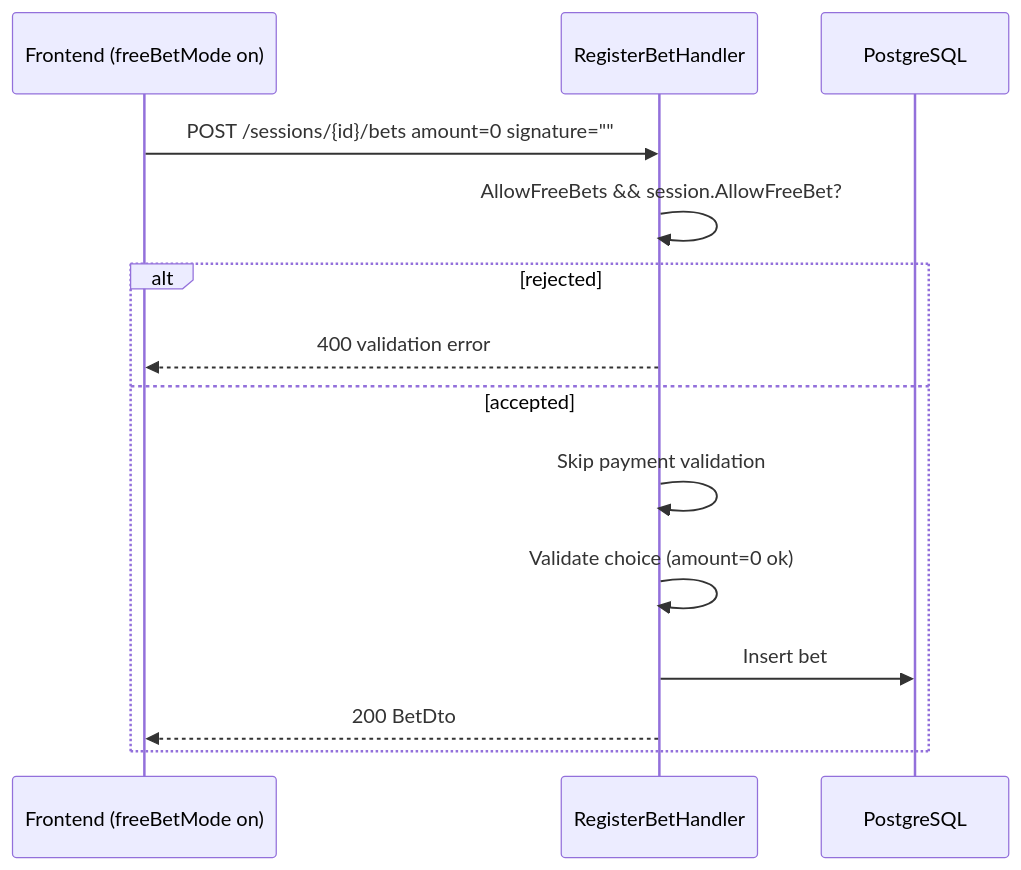
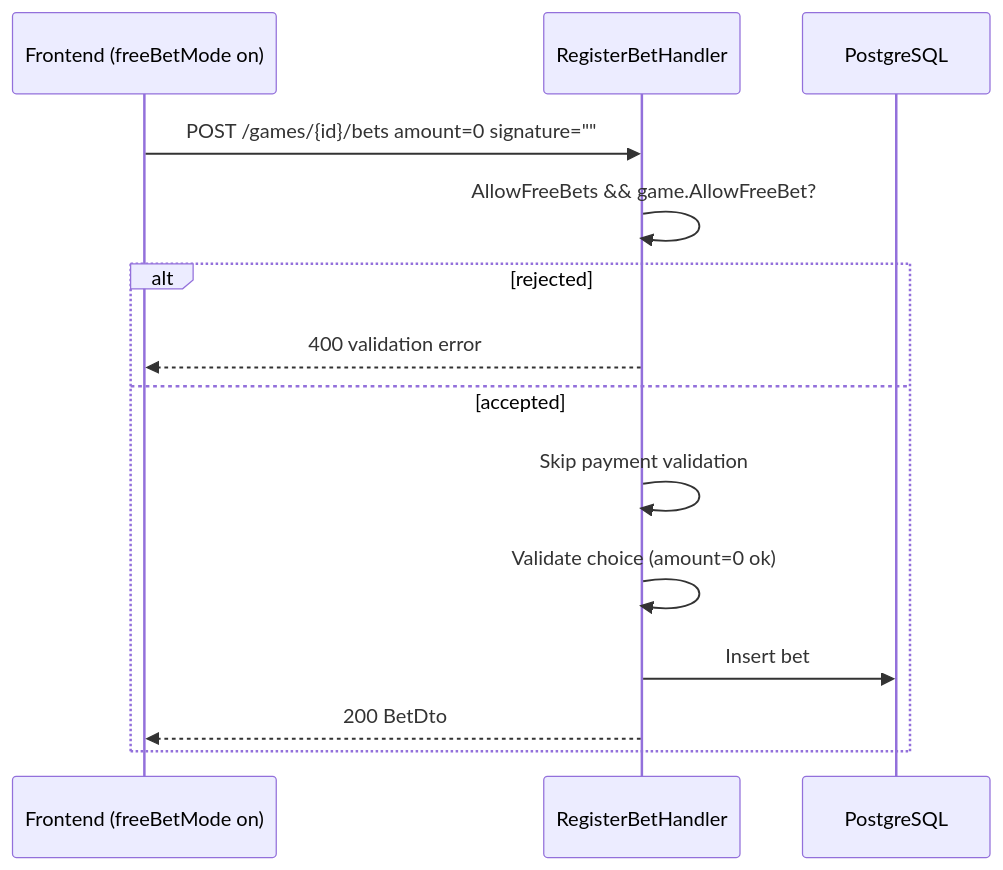
The second of 3 diagrams in specs/free-bet-mode.md (marcusruas/monkify-meta), drawn with Mermaid before and after one commit. The commit also changed other lines of this file and 57 other files, not shown here.

First line of the commit message:
Rebrand: Monkify->ChimpOut, Session->Game in KB prose (monkify-meta)

````diff
--- a/specs/free-bet-mode.md
+++ b/specs/free-bet-mode.md
@@ -462,17 +462,17 @@
 ```mermaid
 sequenceDiagram
     participant FE as Frontend (freeBetMode on)
     participant API as RegisterBetHandler
     participant DB as PostgreSQL
 
-    FE->>API: POST /sessions/{id}/bets amount=0 signature=""
-    API->>API: AllowFreeBets && session.AllowFreeBet?
+    FE->>API: POST /games/{id}/bets amount=0 signature=""
+    API->>API: AllowFreeBets && game.AllowFreeBet?
     alt rejected
         API-->>FE: 400 validation error
     else accepted
         API->>API: Skip payment validation
         API->>API: Validate choice (amount=0 ok)
         API->>DB: Insert bet
         API-->>FE: 200 BetDto
     end
 ```
````
